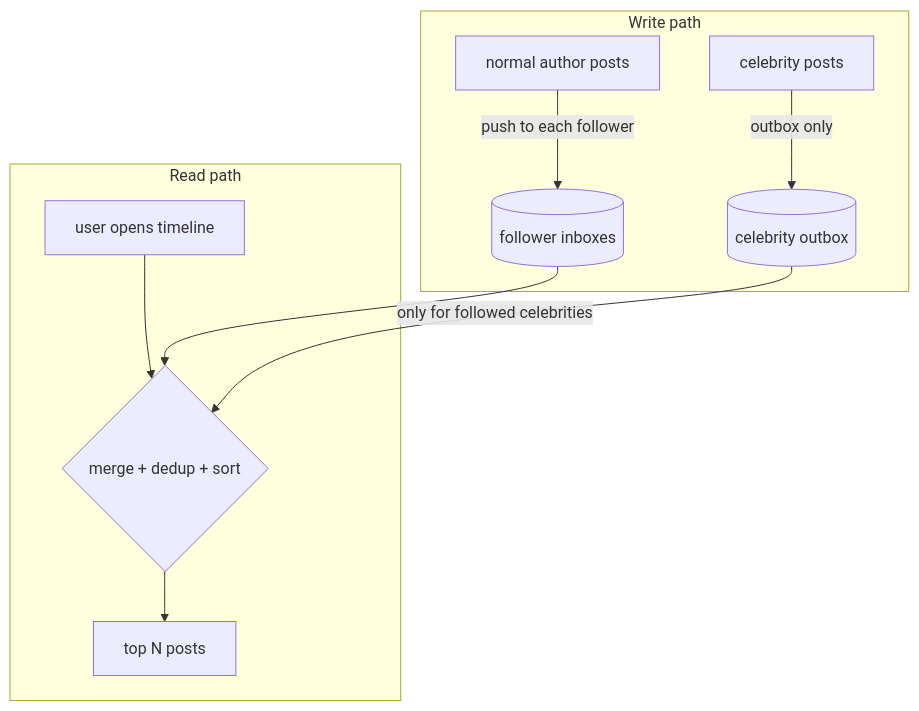
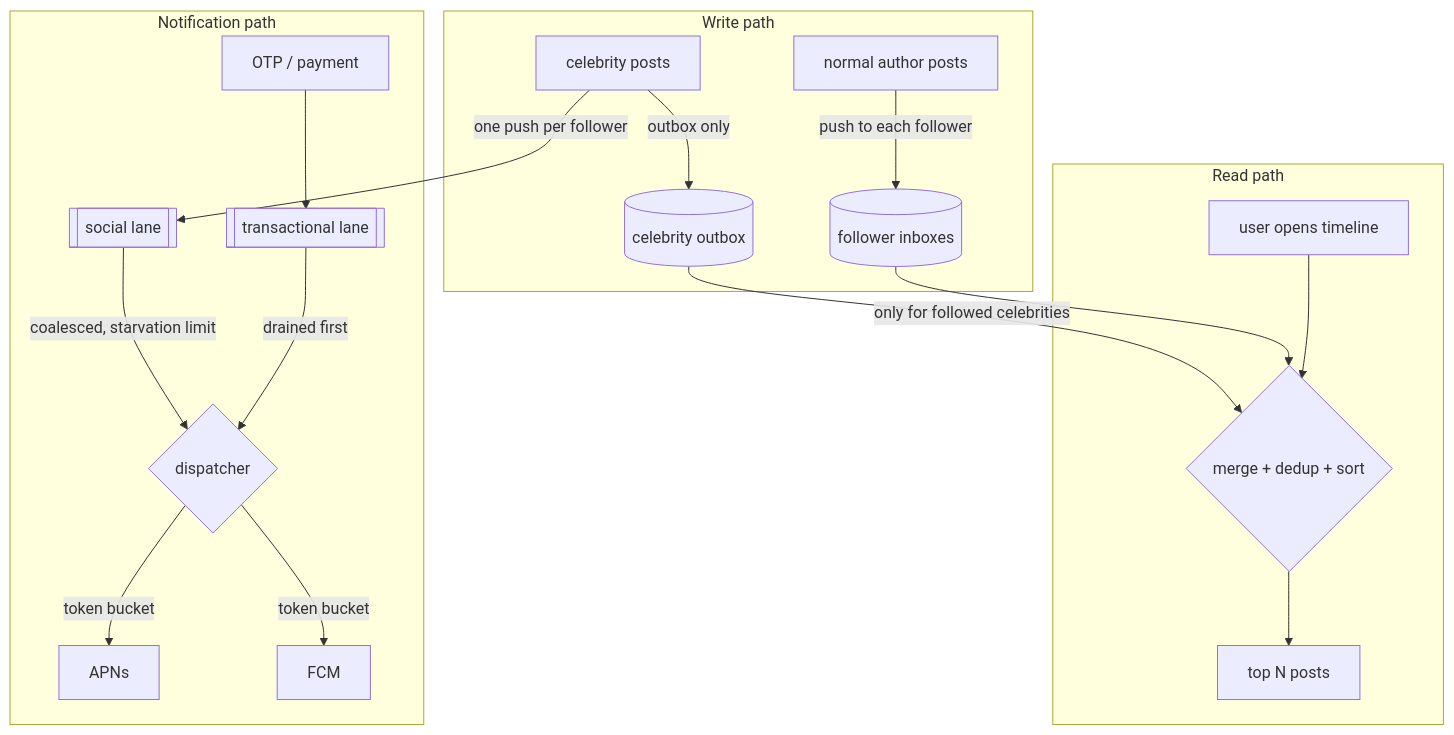
The diagram in patterns/architecture/fan-out-feed/README.md (neerajsinghi/system-design-patterns-go), drawn with Mermaid before and after one commit. The commit also changed other lines of this file and 69 other files, not shown here.

````diff
--- a/patterns/architecture/fan-out-feed/README.md
+++ b/patterns/architecture/fan-out-feed/README.md
@@ -29,13 +50,21 @@
 ```mermaid
 flowchart TB
     subgraph Write path
         N[normal author posts] -->|push to each follower| IB[(follower inboxes)]
         C[celebrity posts] -->|outbox only| OB[(celebrity outbox)]
     end
     subgraph Read path
         U[user opens timeline] --> M{merge + dedup + sort}
         IB --> M
         OB -->|only for followed celebrities| M
         M --> T[top N posts]
     end
+    subgraph Notification path
+        C -->|one push per follower| SQ[[social lane]]
+        OTP[OTP / payment] --> TQ[[transactional lane]]
+        TQ -->|drained first| D{dispatcher}
+        SQ -->|coalesced, starvation limit| D
+        D -->|token bucket| APNS[APNs]
+        D -->|token bucket| FCM[FCM]
+    end
 ```
````
